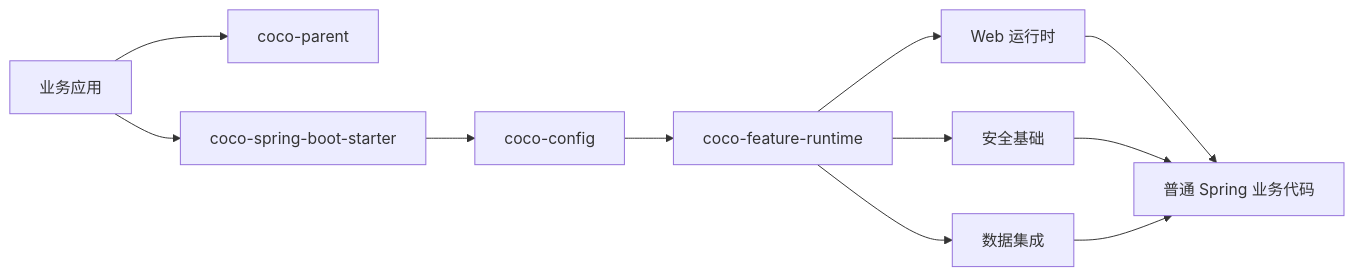
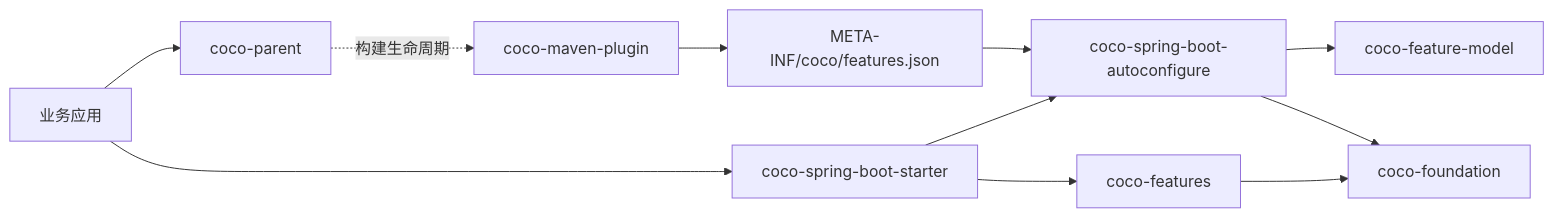
One commit to patton174/coco-framework changed the diagram in README_CN.md. Above: the diagram before and after it, drawn with Mermaid. The commit also changed other lines of this file and 1148 other files, not shown here.

````diff
--- a/README_CN.md
+++ b/README_CN.md
@@ -341,13 +336,13 @@
 ```mermaid
 flowchart LR
     app["业务应用"] --> parent["coco-parent"]
     app --> starter["coco-spring-boot-starter"]
-    starter --> config["coco-config"]
-    config --> runtime["coco-feature-runtime"]
-    runtime --> web["Web 运行时"]
-    runtime --> security["安全基础"]
-    runtime --> data["数据集成"]
-    web --> business["普通 Spring 业务代码"]
-    security --> business
-    data --> business
+    parent -. "构建生命周期" .-> plugin["coco-maven-plugin"]
+    plugin --> manifest["META-INF/coco/features.json"]
+    starter --> autoconfigure["coco-spring-boot-autoconfigure"]
+    starter --> features["coco-features"]
+    autoconfigure --> model["coco-feature-model"]
+    manifest --> autoconfigure
+    autoconfigure --> foundation["coco-foundation"]
+    features --> foundation
 ```
````
